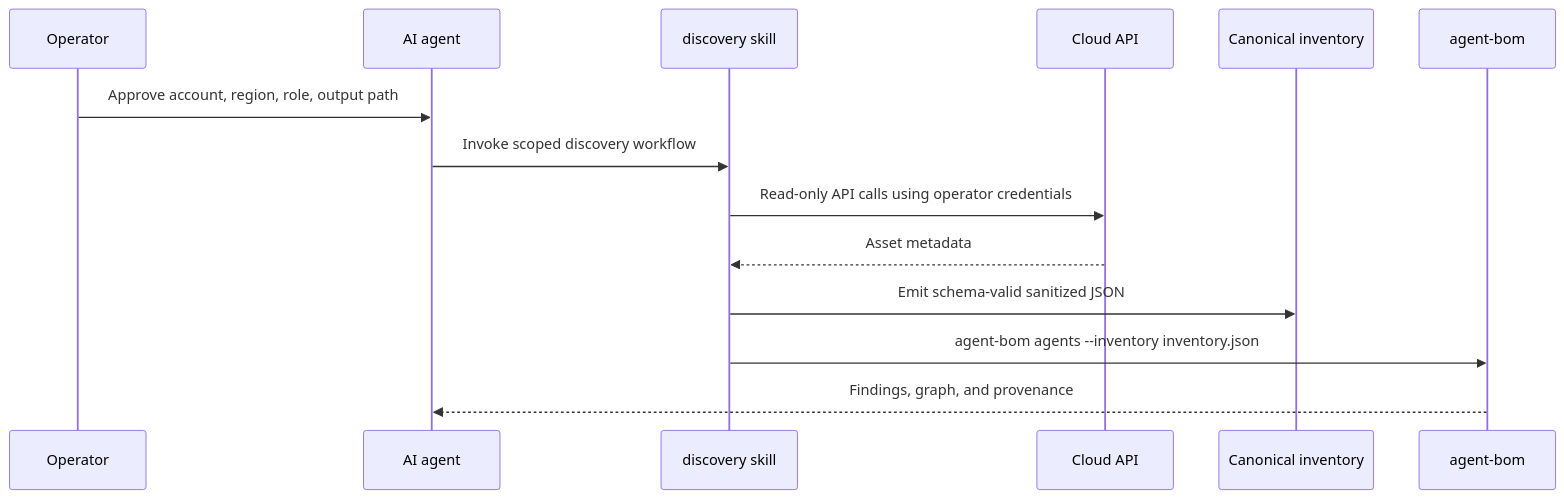
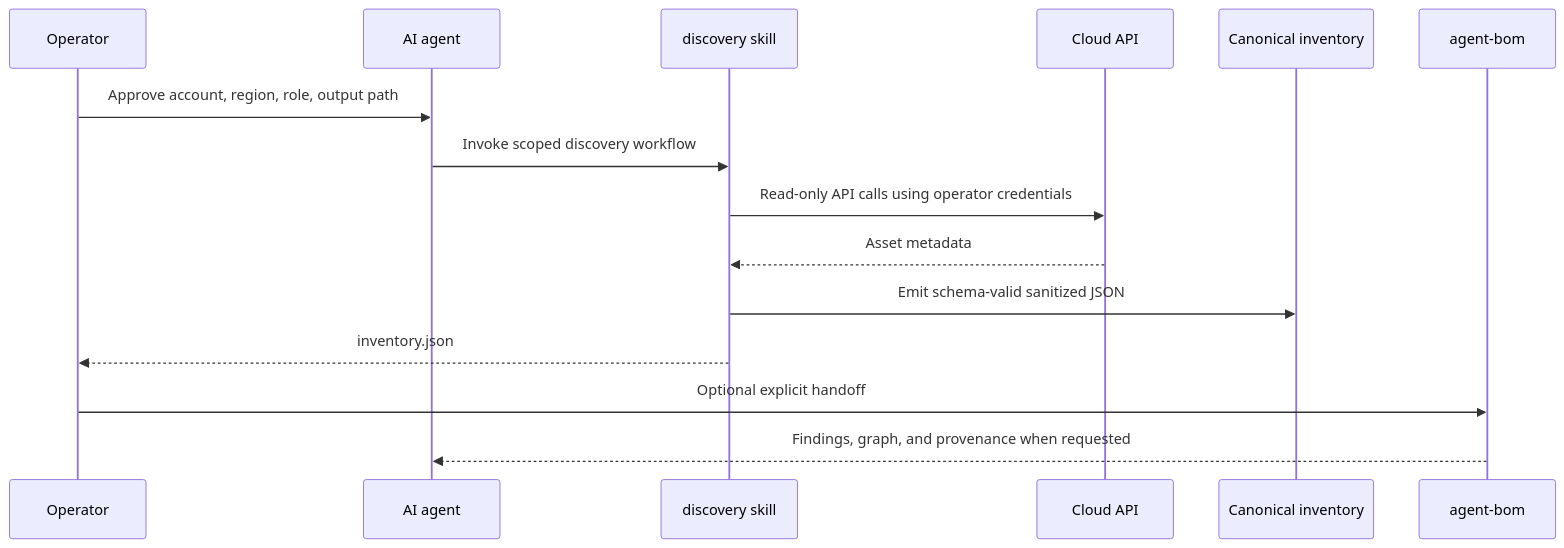
The third of 5 diagrams in site-docs/architecture/agentic-skills-architecture.md (msaad00/agent-bom), drawn with Mermaid before and after one commit. The commit also changed other lines of this file and 28 other files, not shown here.

````diff
--- a/site-docs/architecture/agentic-skills-architecture.md
+++ b/site-docs/architecture/agentic-skills-architecture.md
@@ -85,17 +103,18 @@
 ```mermaid
 sequenceDiagram
     participant User as Operator
     participant Agent as AI agent
     participant Skill as discovery skill
     participant Cloud as Cloud API
     participant Inventory as Canonical inventory
     participant AB as agent-bom
 
     User->>Agent: Approve account, region, role, output path
     Agent->>Skill: Invoke scoped discovery workflow
     Skill->>Cloud: Read-only API calls using operator credentials
     Cloud-->>Skill: Asset metadata
     Skill->>Inventory: Emit schema-valid sanitized JSON
-    Skill->>AB: agent-bom agents --inventory inventory.json
-    AB-->>Agent: Findings, graph, and provenance
+    Skill-->>User: inventory.json
+    User->>AB: Optional explicit handoff
+    AB-->>Agent: Findings, graph, and provenance when requested
 ```
````
